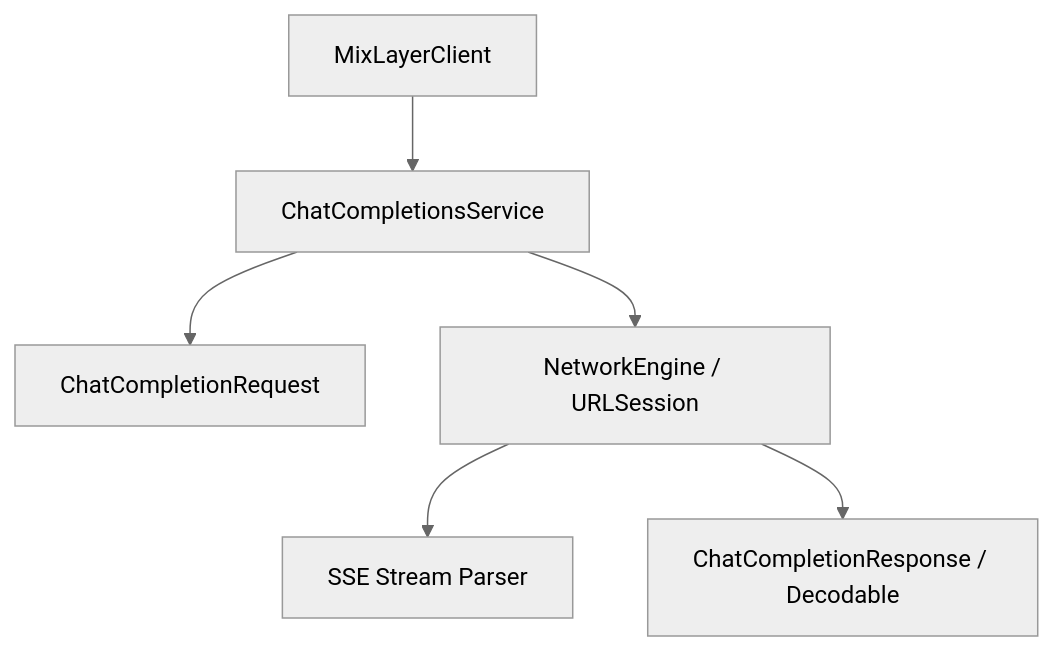
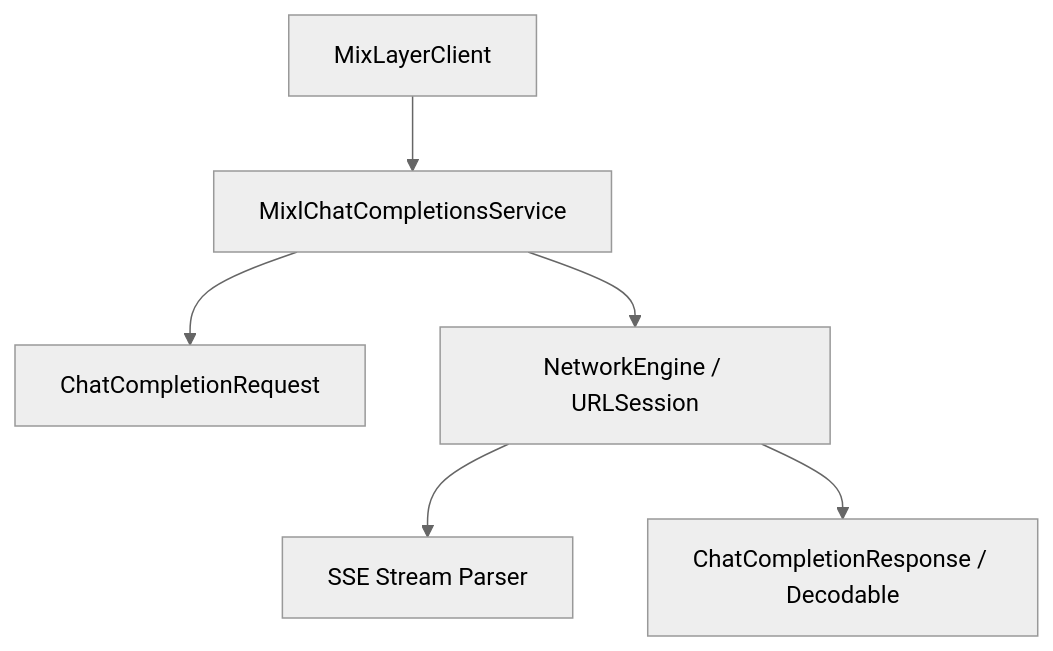
The diagram in AGENTS.md (mutantsoup/mixl-swift), drawn with Mermaid (neutral theme) before and after one commit. The commit also changed other lines of this file and 33 other files, not shown here.

````diff
--- a/AGENTS.md
+++ b/AGENTS.md
@@ -28,8 +28,8 @@
 ```mermaid
 graph TD
-    Client[MixLayerClient] --> ChatService[ChatCompletionsService]
+    Client[MixLayerClient] --> ChatService[MixlChatCompletionsService]
     ChatService --> RequestModel[ChatCompletionRequest]
     ChatService --> NetworkEngine[NetworkEngine / URLSession]
     NetworkEngine --> StreamParser[SSE Stream Parser]
     NetworkEngine --> DecodableResponse[ChatCompletionResponse / Decodable]
 ```
````
